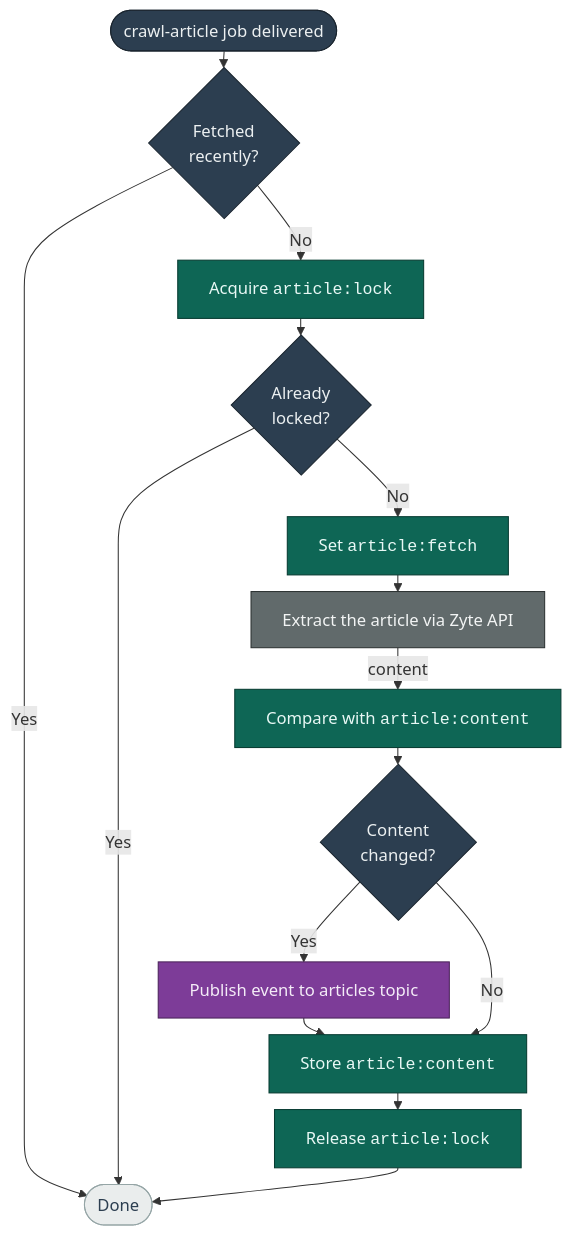
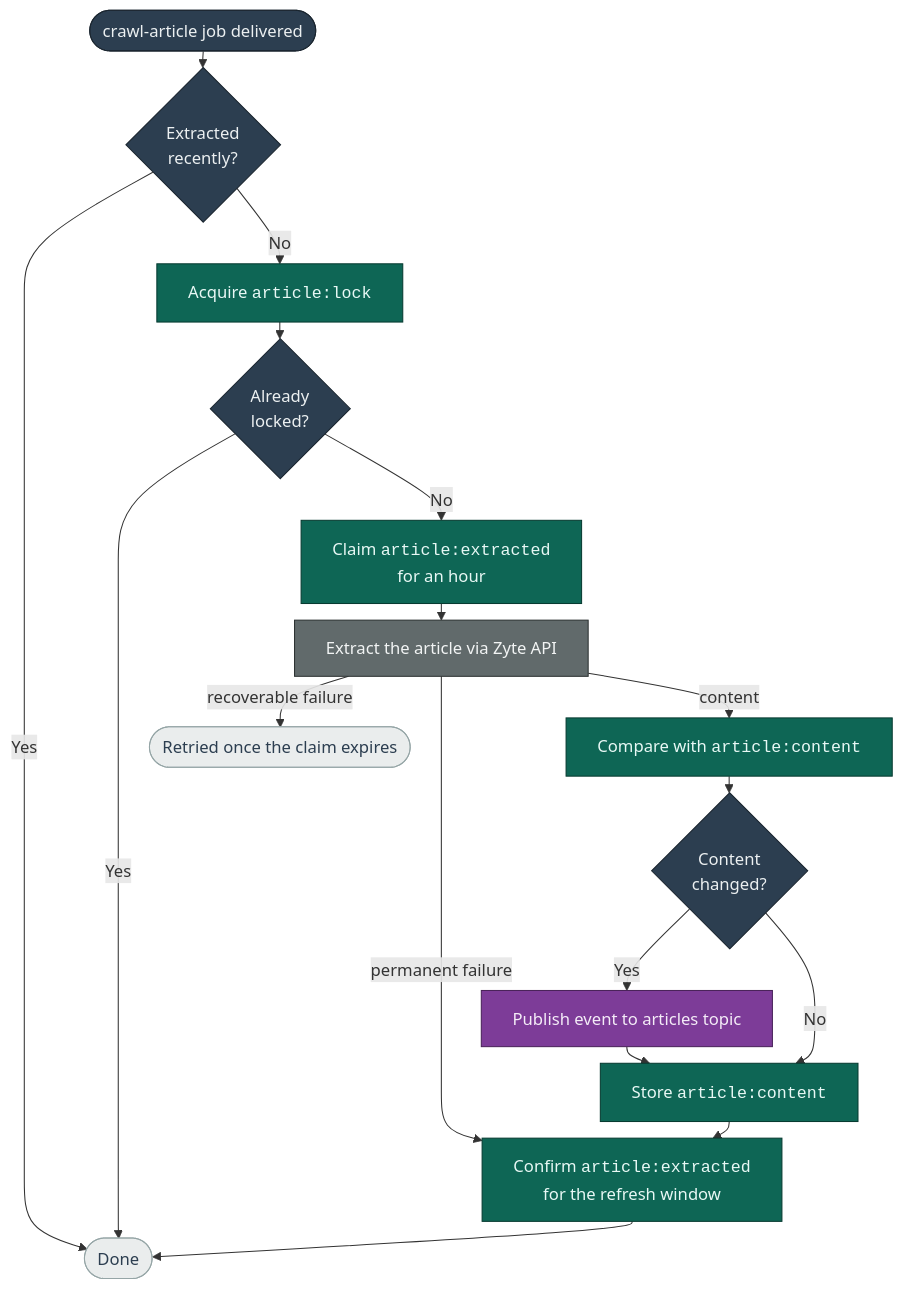
One commit to mozilla/hnt-content changed the diagram in docs/crawl/DEDUPLICATION.md. Above: the diagram before and after it, drawn with Mermaid. The commit also changed other lines of this file and 1 other file, not shown here.

First line of the commit message:
docs(HNT-2882): describe claim-and-confirm marker semantics

````diff
--- a/docs/crawl/DEDUPLICATION.md
+++ b/docs/crawl/DEDUPLICATION.md
@@ -14,24 +14,26 @@
 ```mermaid
 %%{init: {'flowchart': {'rankSpacing': 16, 'nodeSpacing': 40, 'wrappingWidth': 300}}}%%
 flowchart TD
-    START([crawl-article job delivered]):::worker --> FRESH{"Fetched<br/>recently?"}:::worker
+    START([crawl-article job delivered]):::worker --> FRESH{"Extracted<br/>recently?"}:::worker
     FRESH -- Yes --> DONE
     FRESH -- No --> LOCK["Acquire <code>article:lock</code>"]:::redis
     LOCK --> HELD{"Already<br/>locked?"}:::worker
     HELD -- Yes --> DONE
-    HELD -- No --> REC["Set <code>article:fetch</code>"]:::redis
-    REC --> ZYTE[Extract the article via Zyte API]:::zyte
+    HELD -- No --> CLAIM["Claim <code>article:extracted</code><br/>for an hour"]:::redis
+    CLAIM --> ZYTE[Extract the article via Zyte API]:::zyte
+    ZYTE -- "recoverable failure" --> RETRY([Retried once the claim expires]):::done
+    ZYTE -- "permanent failure" --> MARK["Confirm <code>article:extracted</code><br/>for the refresh window"]:::redis
     ZYTE -- content --> HASH["Compare with <code>article:content</code>"]:::redis
     HASH --> CHANGED{"Content<br/>changed?"}:::worker
     CHANGED -- Yes --> PUB[Publish event to articles topic]:::pub
     PUB --> STORE["Store <code>article:content</code>"]:::redis
     CHANGED -- No --> STORE
-    STORE --> RELEASE["Release <code>article:lock</code>"]:::redis
-    RELEASE --> DONE([Done]):::done
+    STORE --> MARK
+    MARK --> DONE([Done]):::done
 
     classDef worker fill:#2c3e50,stroke:#1a252f,color:#ecf0f1;
     classDef redis fill:#0e6655,stroke:#073b31,color:#e8f8f5;
     classDef zyte fill:#616a6b,stroke:#2c3232,color:#f2f4f4;
     classDef pub fill:#7d3c98,stroke:#4a235a,color:#f4ecf7;
     classDef done fill:#eaeded,stroke:#95a5a6,color:#2c3e50;
 ```
````
